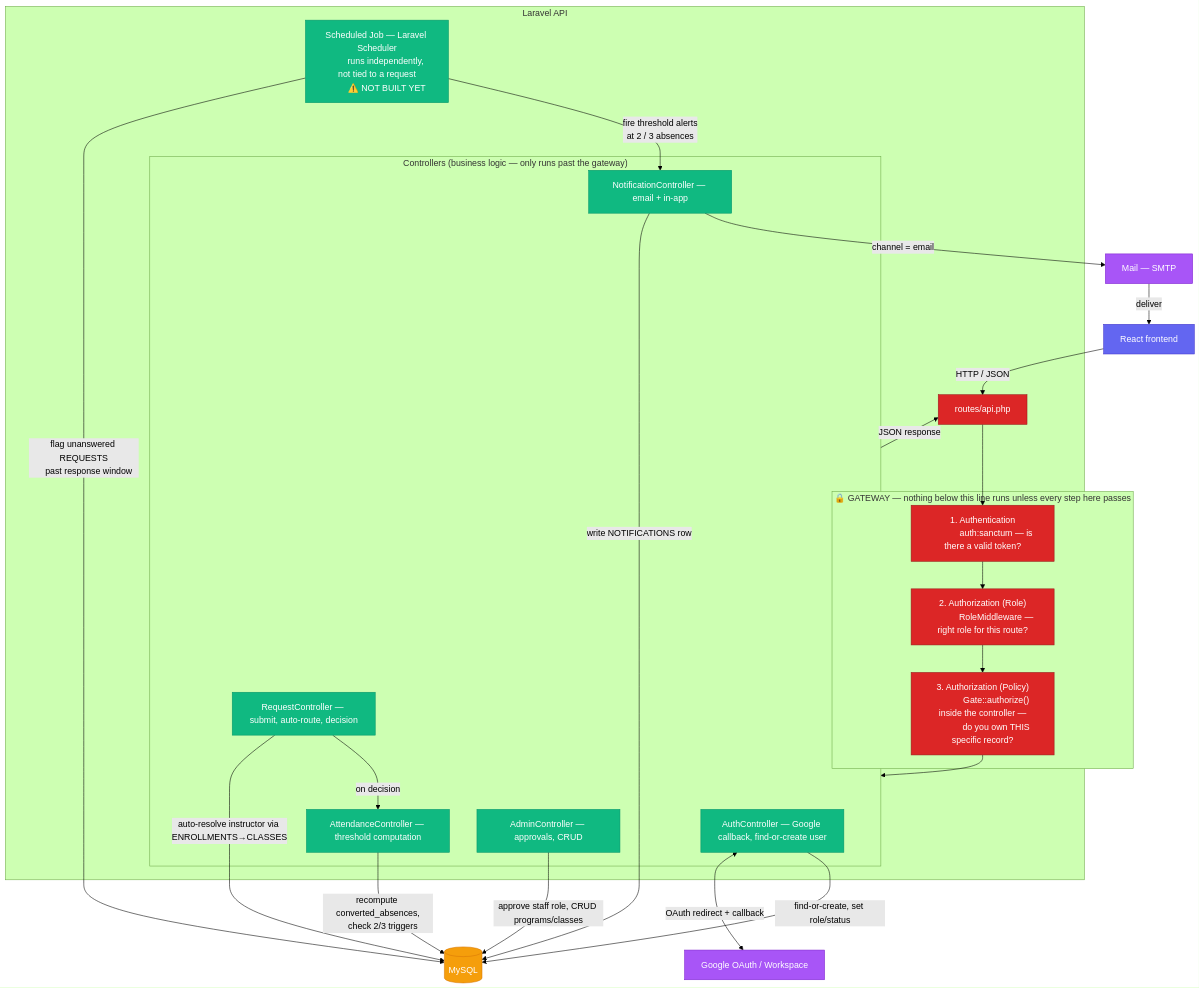
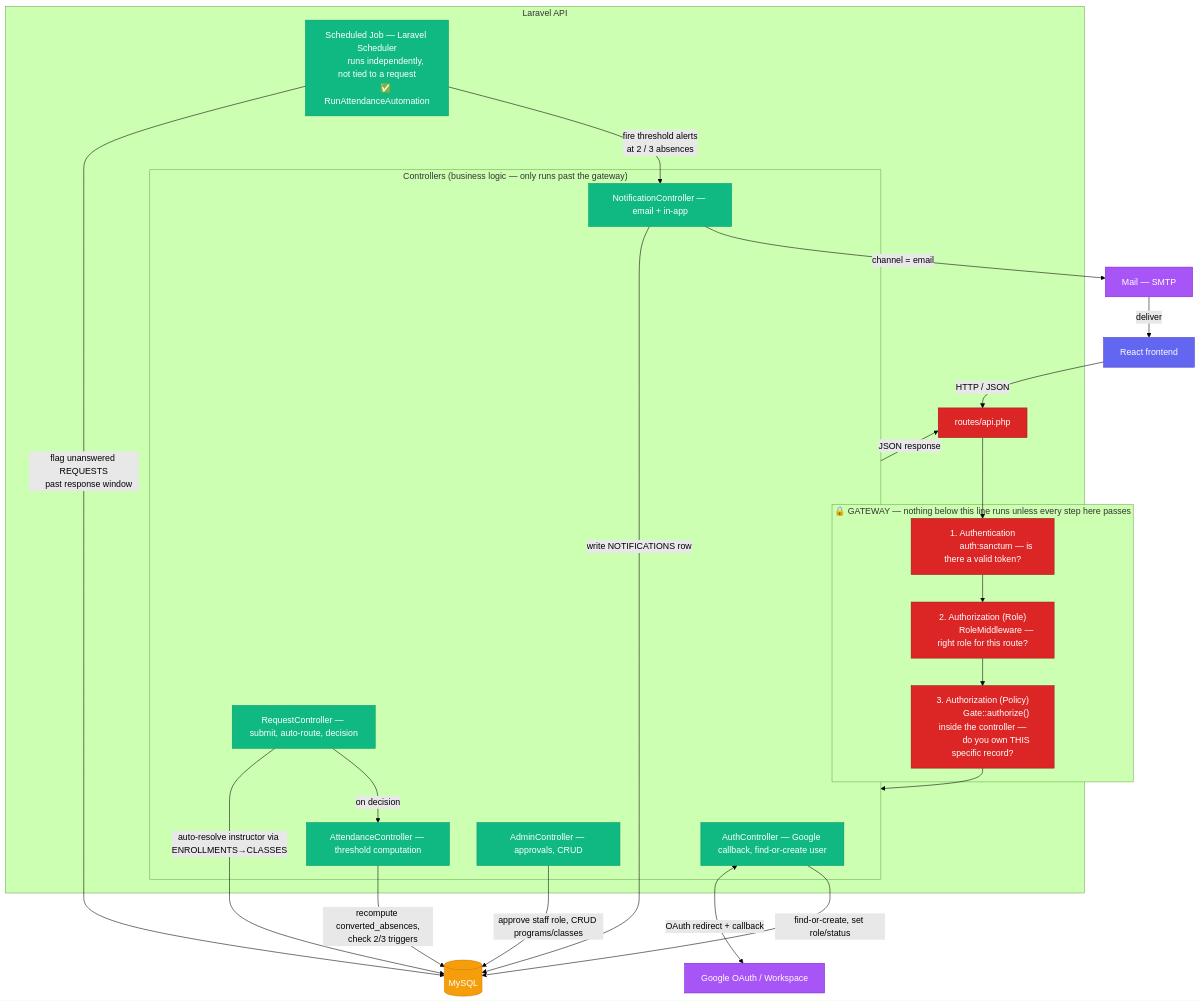
One commit to maki-sushi-distro/Absenteeism-Late-Report-and-Excuse-Letter-Management-Process-ALRM changed the diagram in backend/BACKEND.md. Above: the diagram before and after it, drawn with Mermaid (forest theme). The commit also changed other lines of this file, not shown here.

````diff
--- a/backend/BACKEND.md
+++ b/backend/BACKEND.md
@@ -64,61 +64,61 @@
 ```mermaid
 flowchart TB
     classDef client fill:#6366f1,stroke:#4338ca,color:#fff
     classDef gateway fill:#dc2626,stroke:#991b1b,color:#fff
     classDef logic fill:#10b981,stroke:#059669,color:#fff
     classDef data fill:#f59e0b,stroke:#d97706,color:#fff
     classDef external fill:#a855f7,stroke:#7e22ce,color:#fff
 
     React["React frontend"]:::client
     Google["Google OAuth / Workspace"]:::external
 
     subgraph API["Laravel API"]
         Routes["routes/api.php"]:::gateway
 
         subgraph Gateway["🔒 GATEWAY — nothing below this line runs unless every step here passes"]
             AuthMW["1. Authentication
             auth:sanctum — is there a valid token?"]:::gateway
             RoleMW["2. Authorization (Role)
             RoleMiddleware — right role for this route?"]:::gateway
             PolicyGate["3. Authorization (Policy)
             Gate::authorize() inside the controller —
             do you own THIS specific record?"]:::gateway
         end
 
         subgraph Controllers["Controllers (business logic — only runs past the gateway)"]
             AuthCtrl["AuthController — Google callback, find-or-create user"]:::logic
             ReqCtrl["RequestController — submit, auto-route, decision"]:::logic
             TrackCtrl["AttendanceController — threshold computation"]:::logic
             AdminCtrl["AdminController — approvals, CRUD"]:::logic
             NotifCtrl["NotificationController — email + in-app"]:::logic
         end
 
         Job["Scheduled Job — Laravel Scheduler
         runs independently, not tied to a request
-        ⚠️ NOT BUILT YET"]:::logic
+        ✅ RunAttendanceAutomation"]:::logic
     end
 
     DB[("MySQL")]:::data
     Mail["Mail — SMTP"]:::external
 
     React -->|"HTTP / JSON"| Routes
     Routes --> AuthMW --> RoleMW --> PolicyGate --> Controllers
 
     AuthCtrl <-->|"OAuth redirect + callback"| Google
     AuthCtrl -->|"find-or-create, set role/status"| DB
     ReqCtrl -->|"auto-resolve instructor via ENROLLMENTS→CLASSES"| DB
     ReqCtrl -->|"on decision"| TrackCtrl
     TrackCtrl -->|"recompute converted_absences,
     check 2/3 triggers"| DB
     AdminCtrl -->|"approve staff role, CRUD programs/classes"| DB
 
     Job -->|"flag unanswered REQUESTS
     past response window"| DB
     Job -->|"fire threshold alerts
     at 2 / 3 absences"| NotifCtrl
     NotifCtrl -->|"write NOTIFICATIONS row"| DB
     NotifCtrl -->|"channel = email"| Mail
     Mail -->|"deliver"| React
 
     Controllers -->|"JSON response"| Routes
 ```
````
